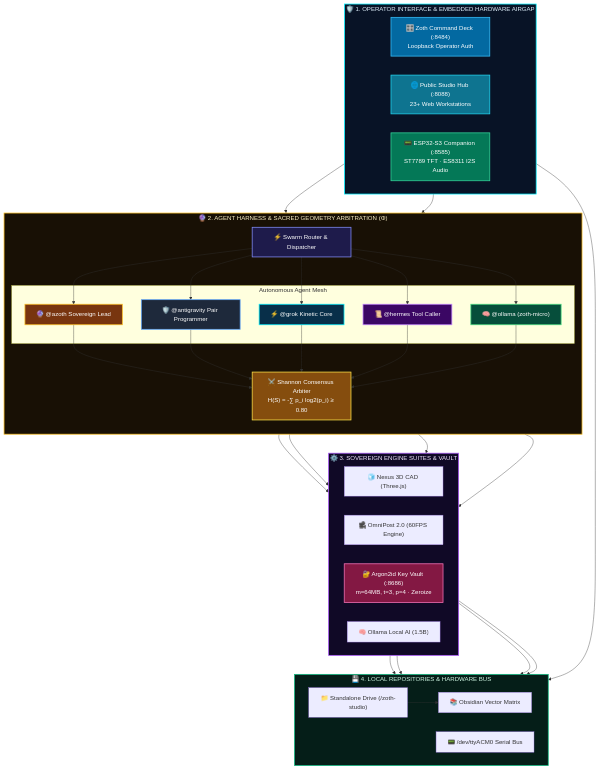
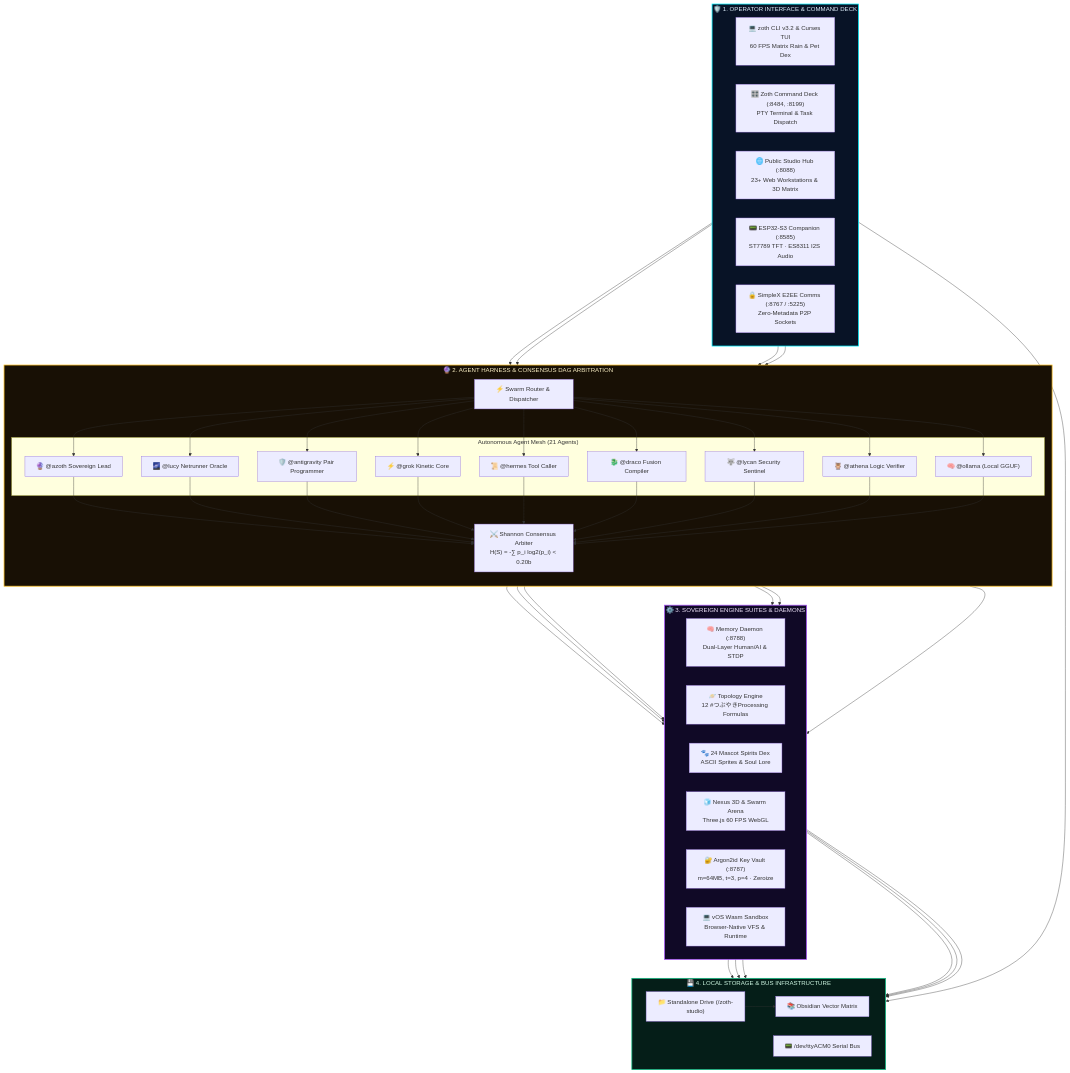
The diagram in docs-and-architecture/Zoth Studio Architecture & Logic.md (1nc0gn30/zoth-studiov3), drawn with Mermaid before and after one commit. The commit also changed other lines of this file and 135 other files, not shown here.

First line of the commit message:
feat(ui): Sovereign Master Navigation v12.1, full theme parity & tactile audio across studio

````diff
--- a/docs-and-architecture/Zoth Studio Architecture & Logic.md
+++ b/docs-and-architecture/Zoth Studio Architecture & Logic.md
@@ -29,65 +29,87 @@
 ```mermaid
 flowchart TB
-    subgraph Layer1["🛡️ 1. OPERATOR INTERFACE & EMBEDDED HARDWARE AIRGAP"]
+    subgraph Layer1["🛡️ 1. OPERATOR INTERFACE & COMMAND DECK"]
         direction LR
-        UI["🎛️ Zoth Command Deck (:8484)<br/>Loopback Operator Auth"]
-        Hub["🌐 Public Studio Hub (:8088)<br/>23+ Web Workstations"]
+        CLI["💻 zoth CLI v3.2 & Curses TUI<br/>60 FPS Matrix Rain & Pet Dex"]
+        UI["🎛️ Zoth Command Deck (:8484, :8199)<br/>PTY Terminal & Task Dispatch"]
+        Hub["🌐 Public Studio Hub (:8088)<br/>23+ Web Workstations & 3D Matrix"]
         HW["📟 ESP32-S3 Companion (:8585)<br/>ST7789 TFT · ES8311 I2S Audio"]
+        SX["🔒 SimpleX E2EE Comms (:8767 / :5225)<br/>Zero-Metadata P2P Sockets"]
     end
 
-    subgraph Layer2["🔮 2. AGENT HARNESS & SACRED GEOMETRY ARBITRATION (Φ)"]
+    subgraph Layer2["🔮 2. AGENT HARNESS & CONSENSUS DAG ARBITRATION"]
         direction TB
         MO["⚡ Swarm Router & Dispatcher"]
         
-        subgraph AgentMesh["Autonomous Agent Mesh"]
+        subgraph AgentMesh["Autonomous Agent Mesh (21 Agents)"]
             AZ["🔮 @azoth Sovereign Lead"]
+            LU["🌌 @lucy Netrunner Oracle"]
             AG["🛡️ @antigravity Pair Programmer"]
             GK["⚡ @grok Kinetic Core"]
             HA["📜 @hermes Tool Caller"]
-            OL["🧠 @ollama (zoth-micro)"]
+            DR["🐉 @draco Fusion Compiler"]
+            LY["🐺 @lycan Security Sentinel"]
+            AT["🦉 @athena Logic Verifier"]
+            OL["🧠 @ollama (Local GGUF)"]
         end
 
-        SE["⚔️ Shannon Consensus Arbiter<br/>H(S) = -∑ p_i log2(p_i) ≥ 0.80"]
+        SE["⚔️ Shannon Consensus Arbiter<br/>H(S) = -∑ p_i log2(p_i) < 0.20b"]
     end
 
-    subgraph Layer3["⚙️ 3. SOVEREIGN ENGINE SUITES & VAULT"]
+    subgraph Layer3["⚙️ 3. SOVEREIGN ENGINE SUITES & DAEMONS"]
         direction LR
-        CAD["🧊 Nexus 3D CAD (Three.js)"]
-        OP["🎥 OmniPost 2.0 (60FPS Engine)"]
-        VT["🔐 Argon2id Key Vault (:8686)<br/>m=64MB, t=3, p=4 · Zeroize"]
-        LLM["🧠 Ollama Local AI (1.5B)"]
+        MEM["🧠 Memory Daemon (:8788)<br/>Dual-Layer Human/AI & STDP"]
+        TOP["🪐 Topology Engine<br/>12 #つぶやきProcessing Formulas"]
+        PET["🐾 24 Mascot Spirits Dex<br/>ASCII Sprites & Soul Lore"]
+        CAD["🧊 Nexus 3D & Swarm Arena<br/>Three.js 60 FPS WebGL"]
+        VT["🔐 Argon2id Key Vault (:8787)<br/>m=64MB, t=3, p=4 · Zeroize"]
+        VOS["💻 vOS Wasm Sandbox<br/>Browser-Native VFS & Runtime"]
     end
 
-    subgraph Layer4["💾 4. LOCAL REPOSITORIES & HARDWARE BUS"]
+    subgraph Layer4["💾 4. LOCAL STORAGE & BUS INFRASTRUCTURE"]
         direction LR
         DRV["📁 Standalone Drive (/zoth-studio)"]
         OBS["📚 Obsidian Vector Matrix"]
         SER["📟 /dev/ttyACM0 Serial Bus"]
     end
 
+    CLI --> MO
     UI --> MO
     HW --> MO
+    SX --> MO
     MO --> AZ
+    MO --> LU
     MO --> AG
     MO --> GK
     MO --> HA
+    MO --> DR
+    MO --> LY
+    MO --> AT
     MO --> OL
 
     AZ --> SE
+    LU --> SE
     AG --> SE
     GK --> SE
     HA --> SE
+    DR --> SE
+    LY --> SE
+    AT --> SE
     OL --> SE
 
+    SE --> MEM
+    SE --> TOP
+    SE --> PET
     SE --> CAD
-    SE --> OP
     SE --> VT
-    SE --> LLM
+    SE --> VOS
 
+    MEM --> DRV
+    TOP --> DRV
+    PET --> DRV
     CAD --> DRV
-    OP --> DRV
     VT --> DRV
-    LLM --> DRV
+    VOS --> DRV
     DRV --> OBS
     HW --> SER
 
@@ -95,16 +117,4 @@
     style Layer2 fill:#181005,stroke:#fbbf24,stroke-width:2px,color:#fef3c7
     style Layer3 fill:#100926,stroke:#a855f7,stroke-width:2px,color:#f3e8ff
     style Layer4 fill:#051e18,stroke:#10b981,stroke-width:2px,color:#d1fae5
-
-    style UI fill:#0369a1,stroke:#38bdf8,stroke-width:2px,color:#fff
-    style Hub fill:#0e7490,stroke:#22d3ee,stroke-width:2px,color:#fff
-    style HW fill:#047857,stroke:#34d399,stroke-width:2px,color:#fff
-    style MO fill:#1e1b4b,stroke:#818cf8,stroke-width:2px,color:#fff
-    style AZ fill:#78350f,stroke:#fbbf24,stroke-width:2px,color:#fff
-    style AG fill:#1e293b,stroke:#60a5fa,stroke-width:2px,color:#fff
-    style GK fill:#082f49,stroke:#00f0ff,stroke-width:2px,color:#fff
-    style HA fill:#3b0764,stroke:#c084fc,stroke-width:2px,color:#fff
-    style OL fill:#064e3b,stroke:#4ade80,stroke-width:2px,color:#fff
-    style SE fill:#854d0e,stroke:#fde047,stroke-width:2px,color:#fff
-    style VT fill:#831843,stroke:#f472b6,stroke-width:2px,color:#fff
 ```
````
